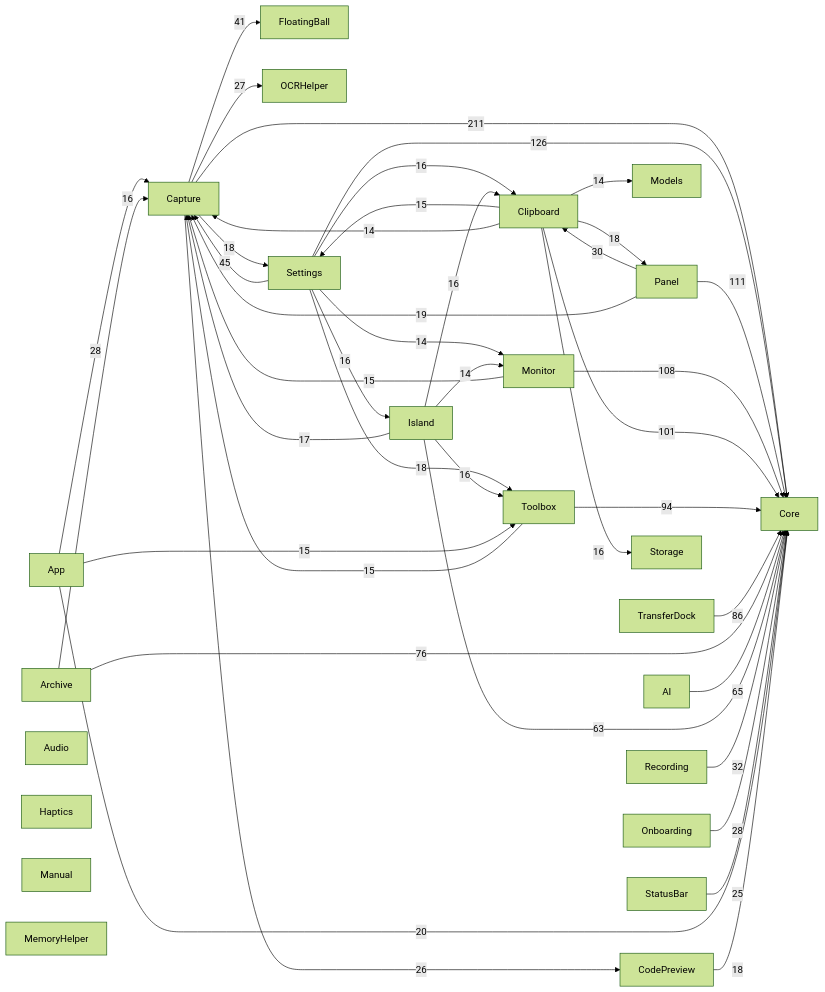
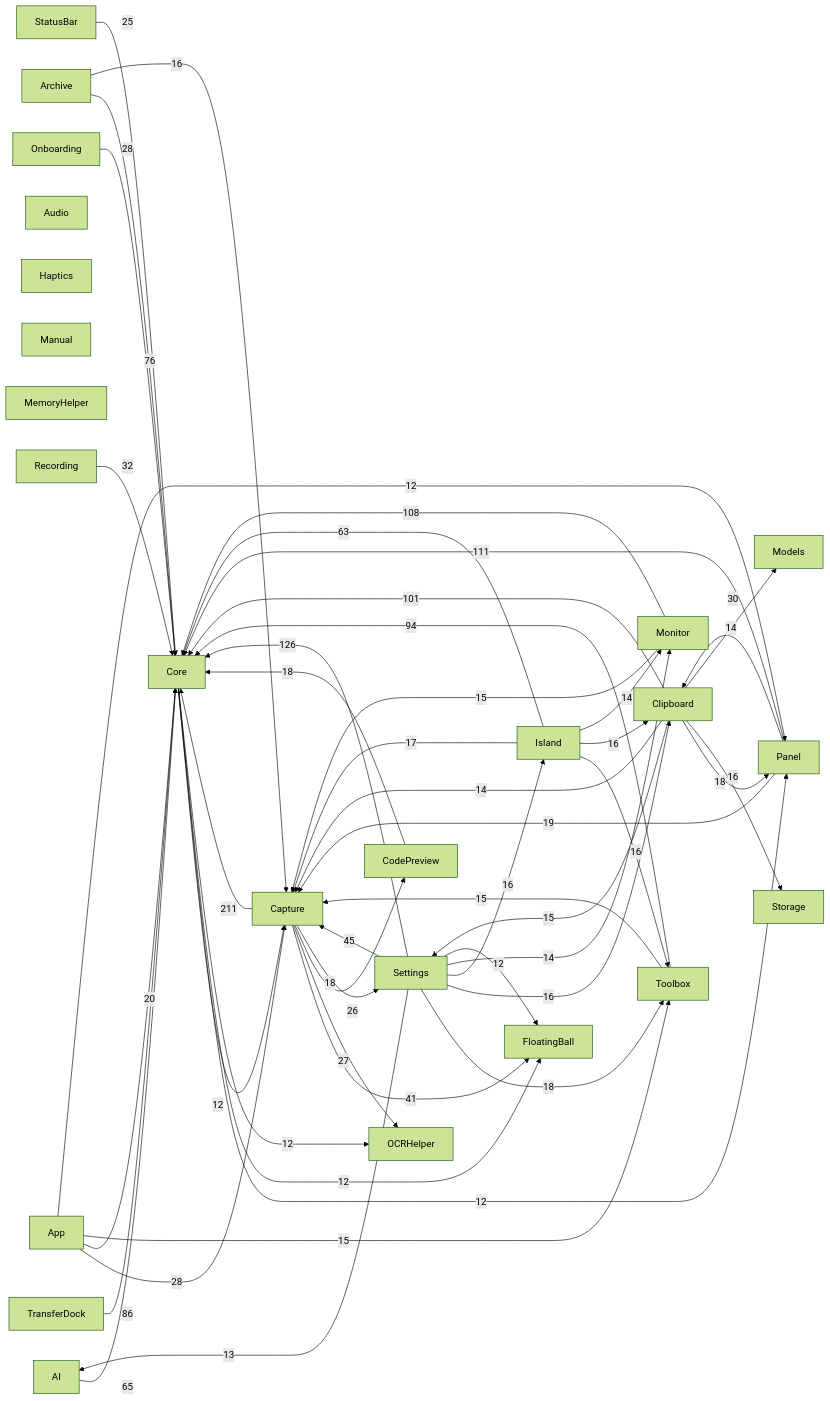
One commit to sxyq/Kitnest changed the diagram in docs/00-总览/模块依赖图.md. Above: the diagram before and after it, drawn with Mermaid (forest theme). The commit also changed 1 other file, not shown here.

Commit message:
perf(capture): 串行化截图美化渲染
需求：优化 CPU、内存并保持截图美化控件与结果行为。滑块连续变化使用单独串行渲染队列，固定输入快照并丢弃过期渲染结果，避免并发整图位图分配。验证：Lite 全量 Swift typecheck（排除 macOS 资源叉）通过，仅有既有警告。

````diff
--- a/docs/00-总览/模块依赖图.md
+++ b/docs/00-总览/模块依赖图.md
@@ -38,67 +38,74 @@
 ```mermaid
 flowchart LR
   M0["AI"]
   M1["App"]
   M2["Archive"]
   M3["Audio"]
   M4["Capture"]
   M5["Clipboard"]
   M6["CodePreview"]
   M7["Core"]
   M8["FloatingBall"]
   M9["Haptics"]
   M10["Island"]
   M11["Manual"]
   M12["MemoryHelper"]
   M13["Models"]
   M14["Monitor"]
   M15["OCRHelper"]
   M16["Onboarding"]
   M17["Panel"]
   M18["Recording"]
   M19["Settings"]
   M20["StatusBar"]
   M21["Storage"]
   M22["Toolbox"]
   M23["TransferDock"]
   M4 -->|211| M7
   M19 -->|126| M7
   M17 -->|111| M7
   M14 -->|108| M7
   M5 -->|101| M7
   M22 -->|94| M7
   M23 -->|86| M7
   M2 -->|76| M7
   M0 -->|65| M7
   M10 -->|63| M7
   M19 -->|45| M4
   M4 -->|41| M8
   M18 -->|32| M7
   M17 -->|30| M5
   M1 -->|28| M4
   M16 -->|28| M7
   M4 -->|27| M15
   M4 -->|26| M6
   M20 -->|25| M7
   M1 -->|20| M7
   M17 -->|19| M4
   M19 -->|18| M22
   M4 -->|18| M19
   M6 -->|18| M7
   M5 -->|18| M17
   M10 -->|17| M4
   M19 -->|16| M5
   M19 -->|16| M10
   M2 -->|16| M4
   M10 -->|16| M22
   M10 -->|16| M5
   M5 -->|16| M21
   M1 -->|15| M22
   M14 -->|15| M4
   M22 -->|15| M4
   M5 -->|15| M19
   M19 -->|14| M14
   M10 -->|14| M14
   M5 -->|14| M4
   M5 -->|14| M13
+  M19 -->|13| M0
+  M7 -->|12| M4
+  M7 -->|12| M17
+  M7 -->|12| M8
+  M7 -->|12| M15
+  M1 -->|12| M17
+  M19 -->|12| M8
 ```
````
